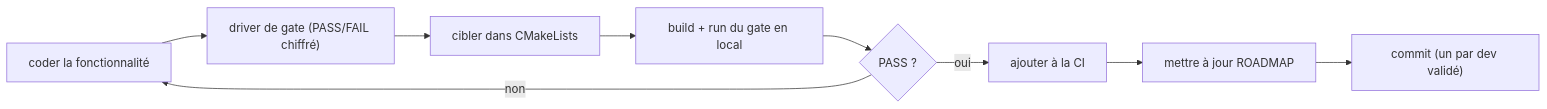
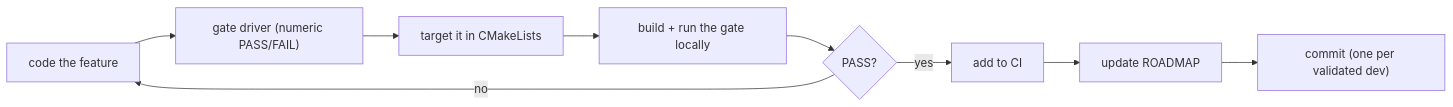
One commit to fhermet/machmallow changed the diagram in docs/DEVELOPER.md. Above: the diagram before and after it, drawn with Mermaid. The commit also changed other lines of this file and 1 other file, not shown here.

````diff
--- a/docs/DEVELOPER.md
+++ b/docs/DEVELOPER.md
@@ -46,11 +47,11 @@
 ```mermaid
 flowchart LR
-    A["coder la fonctionnalité"] --> B["driver de gate (PASS/FAIL chiffré)"]
-    B --> C["cibler dans CMakeLists"]
-    C --> D["build + run du gate en local"]
-    D --> E{"PASS ?"}
-    E -- non --> A
-    E -- oui --> F["ajouter à la CI"]
-    F --> G["mettre à jour ROADMAP"]
-    G --> H["commit (un par dev validé)"]
+    A["code the feature"] --> B["gate driver (numeric PASS/FAIL)"]
+    B --> C["target it in CMakeLists"]
+    C --> D["build + run the gate locally"]
+    D --> E{"PASS?"}
+    E -- no --> A
+    E -- yes --> F["add to CI"]
+    F --> G["update ROADMAP"]
+    G --> H["commit (one per validated dev)"]
 ```
````
